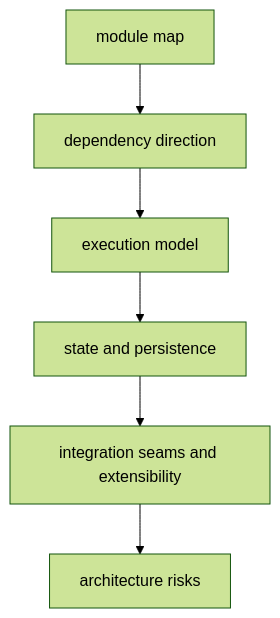
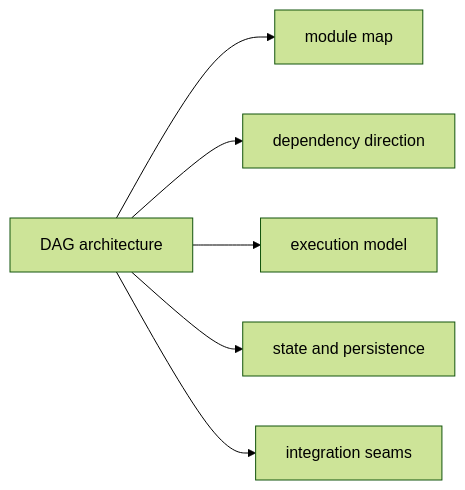
One commit to bijux/bijux-cli changed the diagram in docs/bijux-dag/architecture/index.md. Above: the diagram before and after it, drawn with Mermaid (forest theme). The commit also changed other lines of this file, not shown here.

Commit message:
docs(dag-architecture): simplify the graph architecture entry

````diff
--- a/docs/bijux-dag/architecture/index.md
+++ b/docs/bijux-dag/architecture/index.md
@@ -17,8 +18,8 @@
 ```mermaid
-flowchart TD
-    modules["module map"] --> deps["dependency direction"]
-    deps --> execution["execution model"]
-    execution --> state["state and persistence"]
-    state --> seams["integration seams and extensibility"]
-    seams --> risk["architecture risks"]
+flowchart LR
+    architecture["DAG architecture"] --> modules["module map"]
+    architecture --> deps["dependency direction"]
+    architecture --> execution["execution model"]
+    architecture --> state["state and persistence"]
+    architecture --> seams["integration seams"]
 ```
````
